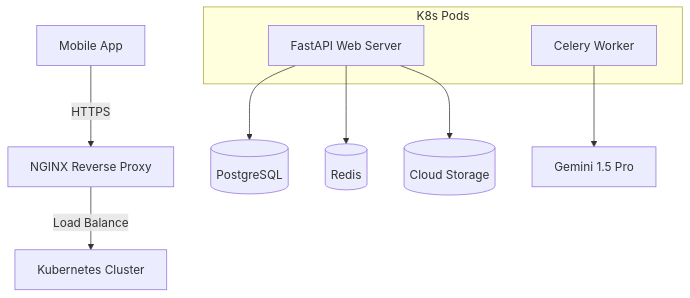
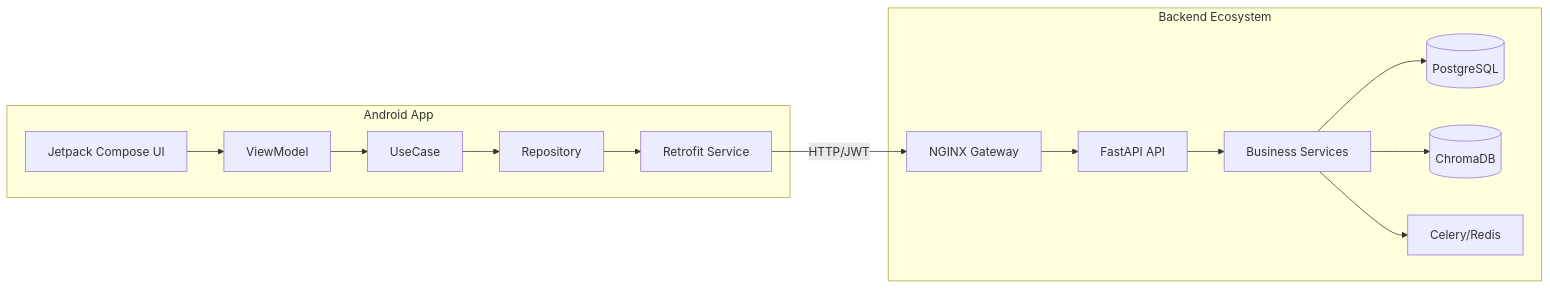
One commit to KotlinFiroj/Ai-HealthCare-App changed the diagram in .artifacts/4dc8775b-7ddf-49a0-b4e6-8fda79cbdfec/implementation_plan.artifact.md. Above: the diagram before and after it, drawn with Mermaid. The commit also changed other lines of this file and 26 other files, not shown here.

````diff
--- a/.artifacts/4dc8775b-7ddf-49a0-b4e6-8fda79cbdfec/implementation_plan.artifact.md
+++ b/.artifacts/4dc8775b-7ddf-49a0-b4e6-8fda79cbdfec/implementation_plan.artifact.md
@@ -49,15 +51,19 @@
 ```mermaid
-graph TD
-    User[Mobile App] -->|HTTPS| Nginx[NGINX Reverse Proxy]
-    Nginx -->|Load Balance| K8s[Kubernetes Cluster]
-
-    subgraph K8s Pods
-        API[FastAPI Web Server]
-        Worker[Celery Worker]
+graph LR
+    subgraph Android App
+        UI[Jetpack Compose UI] --> VM[ViewModel]
+        VM --> UC[UseCase]
+        UC --> Repo[Repository]
+        Repo --> API_Client[Retrofit Service]
     end
 
-    API --> DB[(PostgreSQL)]
-    API --> Redis[(Redis)]
-    API --> S3[(Cloud Storage)]
-    Worker --> Gemini[Gemini 1.5 Pro]
+    API_Client -->|HTTP/JWT| Nginx[NGINX Gateway]
+
+    subgraph Backend Ecosystem
+        Nginx --> FastAPI[FastAPI API]
+        FastAPI --> Services[Business Services]
+        Services --> DB[(PostgreSQL)]
+        Services --> Vector[(ChromaDB)]
+        Services --> Worker[Celery/Redis]
+    end
 ```
````
